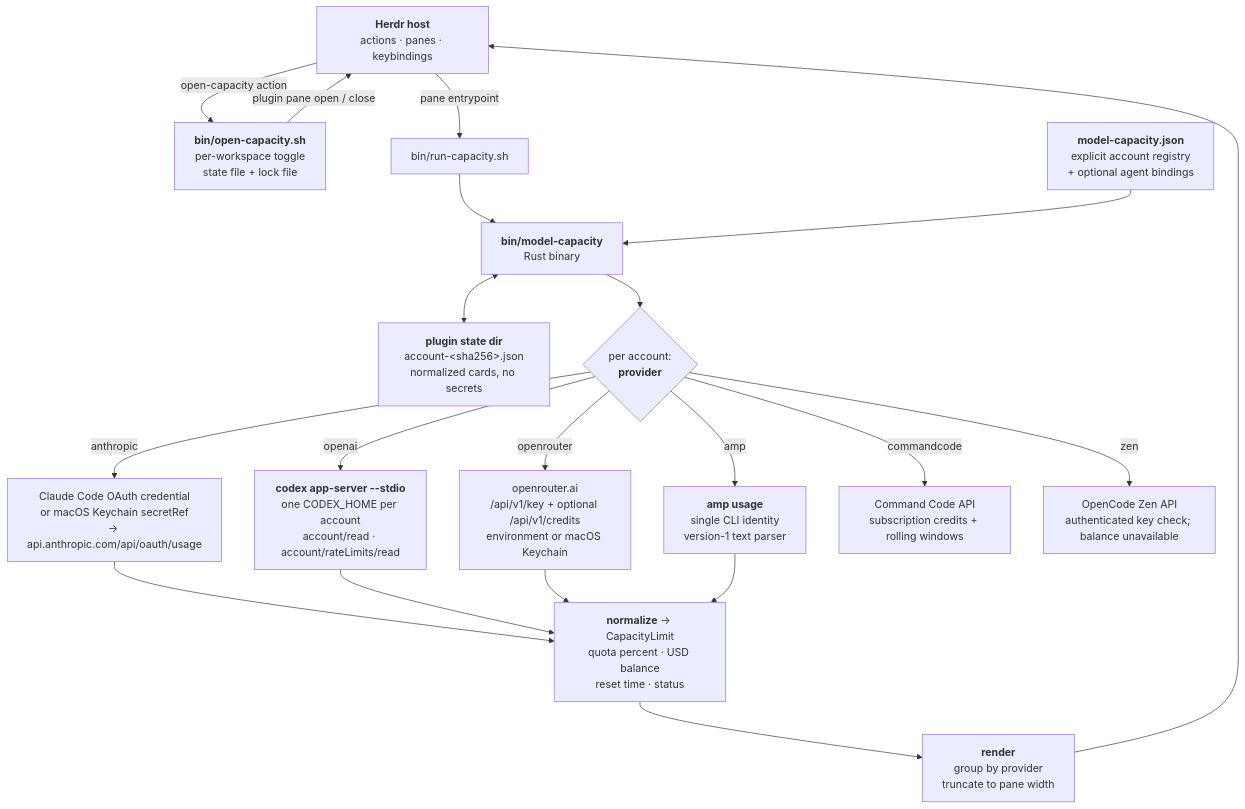
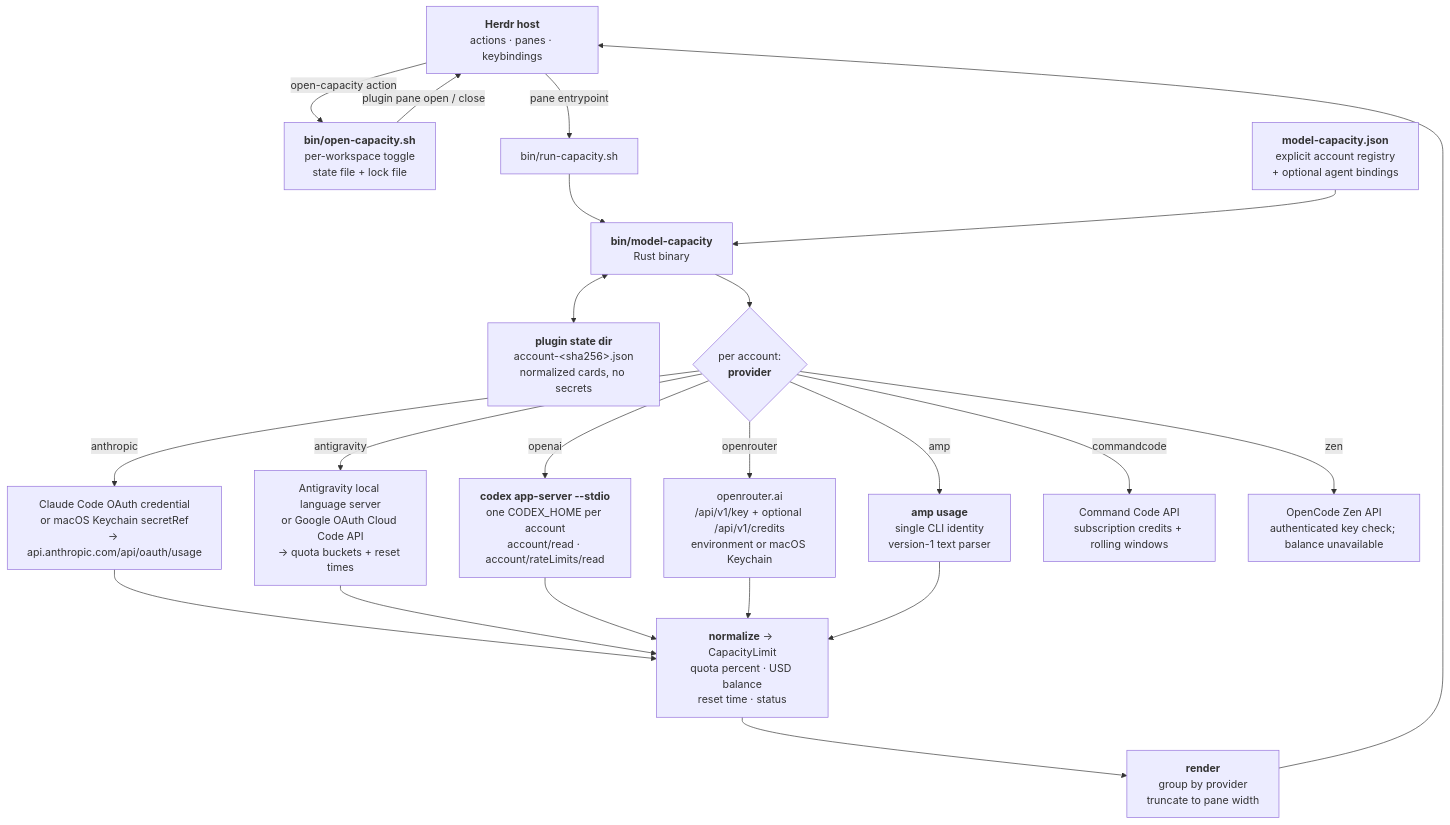
One commit to shrivatsas/herdr-model-capacity changed the first of 2 diagrams in README.md. Above: the diagram before and after it, drawn with Mermaid. The commit also changed other lines of this file and 3 other files, not shown here.

First line of the commit message:
Add Antigravity / Google AI subscription capacity provider (#28)

````diff
--- a/README.md
+++ b/README.md
@@ -33,28 +33,30 @@
 ```mermaid
 flowchart TD
     A["<b>Herdr host</b><br/>actions · panes · keybindings"]
 
     A -->|"open-capacity action"| B["<b>bin/open-capacity.sh</b><br/>per-workspace toggle<br/>state file + lock file"]
     B -->|"plugin pane open / close"| A
     A -->|"pane entrypoint"| C["bin/run-capacity.sh"]
     C --> D["<b>bin/model-capacity</b><br/>Rust binary"]
 
     R["<b>model-capacity.json</b><br/>explicit account registry<br/>+ optional agent bindings"] --> D
     D <--> S["<b>plugin state dir</b><br/>account-&lt;sha256&gt;.json<br/>normalized cards, no secrets"]
 
     D --> E{"per account:<br/><b>provider</b>"}
     E -->|anthropic| F["Claude Code OAuth credential<br/>or macOS Keychain secretRef<br/>→ api.anthropic.com/api/oauth/usage"]
+    E -->|antigravity| N["Antigravity local language server<br/>or Google OAuth Cloud Code API<br/>→ quota buckets + reset times"]
     E -->|openai| G["<b>codex app-server --stdio</b><br/>one CODEX_HOME per account<br/>account/read · account/rateLimits/read"]
     E -->|openrouter| H["openrouter.ai<br/>/api/v1/key + optional /api/v1/credits<br/>environment or macOS Keychain"]
     E -->|amp| I["<b>amp usage</b><br/>single CLI identity<br/>version-1 text parser"]
     E -->|commandcode| L["Command Code API<br/>subscription credits + rolling windows"]
     E -->|zen| M["OpenCode Zen API<br/>authenticated key check; balance unavailable"]
 
     F --> J
+    N --> J
     G --> J
     H --> J
     I --> J["<b>normalize</b> → CapacityLimit<br/>quota percent · USD balance<br/>reset time · status"]
 
     J --> K["<b>render</b><br/>group by provider<br/>truncate to pane width"]
     K --> A
 ```
````
